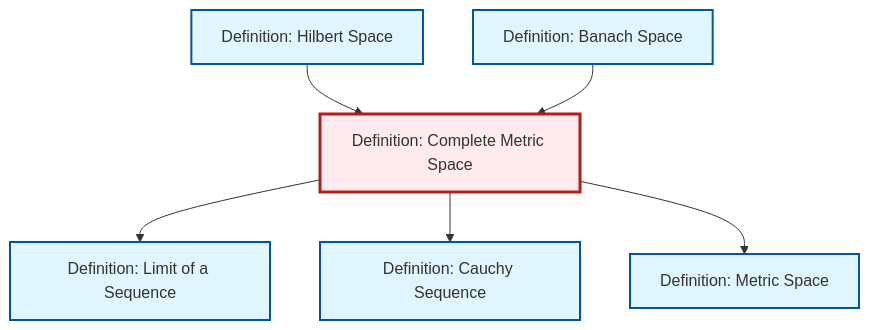
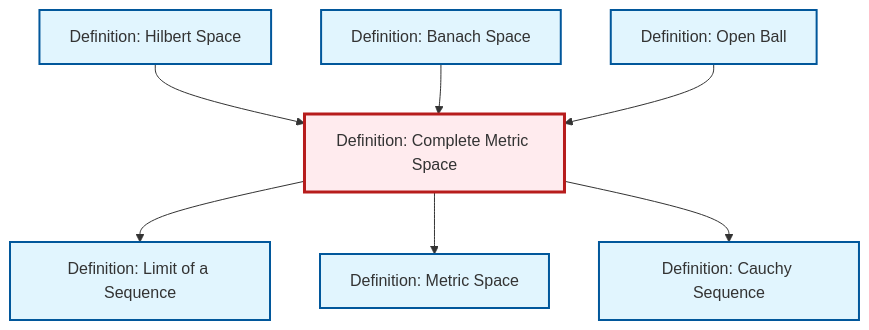
The diagram in content/en/analysis/def-complete-metric-space.qmd (RK0429/ModernMath), drawn with Mermaid before and after one commit. The commit also changed 1069 other files, not shown here.

````diff
--- a/content/en/analysis/def-complete-metric-space.qmd
+++ b/content/en/analysis/def-complete-metric-space.qmd
@@ -53,26 +53,29 @@
 ```{mermaid}
 %%| fig-cap: "Local dependency graph"
 graph TD
     classDef definition fill:#e1f5fe,stroke:#01579b,stroke-width:2px
     classDef theorem fill:#f3e5f5,stroke:#4a148c,stroke-width:2px
     classDef axiom fill:#fff3e0,stroke:#e65100,stroke-width:2px
     classDef example fill:#e8f5e9,stroke:#1b5e20,stroke-width:2px
     classDef current fill:#ffebee,stroke:#b71c1c,stroke-width:3px
-    def-hilbert-space["Definition: Hilbert Space"]:::definition
-    def-metric-space["Definition: Metric Space"]:::definition
+    def-banach-space["Definition: Banach Space"]:::definition
+    def-limit["Definition: Limit of a Sequence"]:::definition
     def-cauchy-sequence["Definition: Cauchy Sequence"]:::definition
     def-complete-metric-space["Definition: Complete Metric Space"]:::definition
-    def-limit["Definition: Limit of a Sequence"]:::definition
-    def-banach-space["Definition: Banach Space"]:::definition
+    def-metric-space["Definition: Metric Space"]:::definition
+    def-hilbert-space["Definition: Hilbert Space"]:::definition
+    def-open-ball["Definition: Open Ball"]:::definition
     def-complete-metric-space --> def-limit
+    def-complete-metric-space --> def-metric-space
     def-hilbert-space --> def-complete-metric-space
     def-complete-metric-space --> def-cauchy-sequence
-    def-complete-metric-space --> def-metric-space
     def-banach-space --> def-complete-metric-space
+    def-open-ball --> def-complete-metric-space
     class def-complete-metric-space current
+    click def-banach-space "def-banach-space.html" "Go to Banach Space definition"
+    click def-limit "def-limit.html" "Go to Limit of a Sequence definition"
+    click def-cauchy-sequence "def-cauchy-sequence.html" "Go to Cauchy Sequence definition"
+    click def-metric-space "def-metric-space.html" "Go to Metric Space definition"
     click def-hilbert-space "def-hilbert-space.html" "Go to Hilbert Space definition"
-    click def-metric-space "def-metric-space.html" "Go to Metric Space definition"
-    click def-cauchy-sequence "def-cauchy-sequence.html" "Go to Cauchy Sequence definition"
-    click def-limit "def-limit.html" "Go to Limit of a Sequence definition"
-    click def-banach-space "def-banach-space.html" "Go to Banach Space definition"
+    click def-open-ball "def-open-ball.html" "Go to Open Ball definition"
 ```
````
